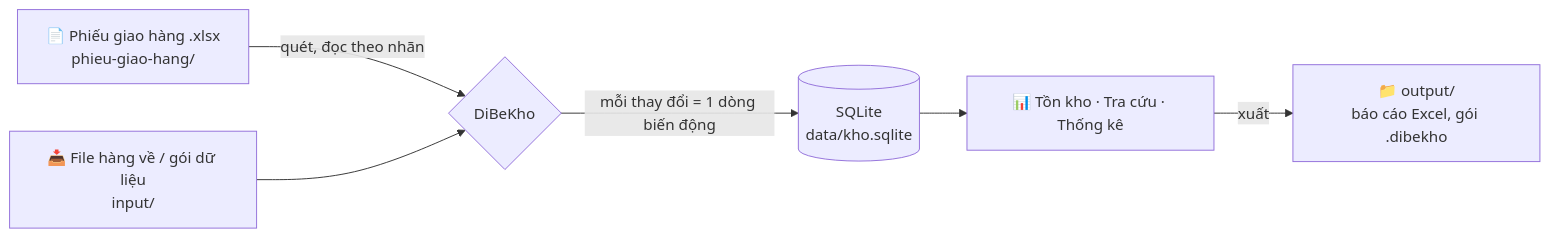
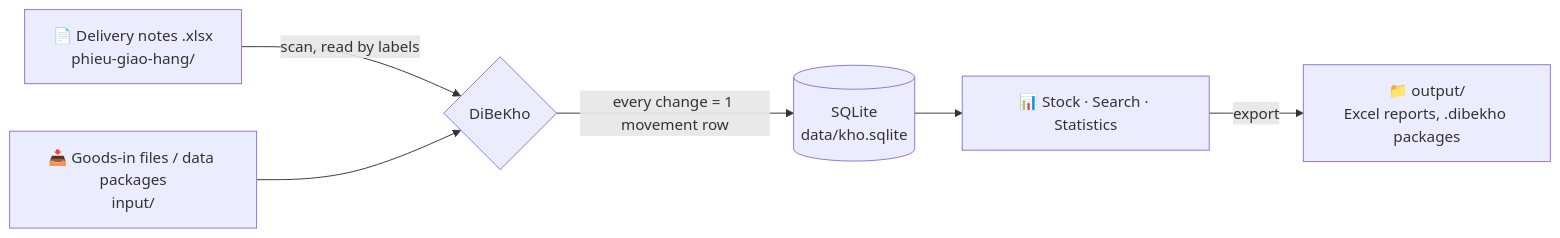
The diagram in README.md (Friendzoner49/DiBeKho), drawn with Mermaid before and after one commit. The commit also changed other lines of this file and 9 other files, not shown here.

````diff
--- a/README.md
+++ b/README.md
@@ -63,8 +66,8 @@
 ```mermaid
 flowchart LR
-    A["📄 Phiếu giao hàng .xlsx<br/>phieu-giao-hang/"] -->|quét, đọc theo nhãn| C{DiBeKho}
-    B["📥 File hàng về / gói dữ liệu<br/>input/"] --> C
-    C -->|mỗi thay đổi = 1 dòng biến động| D[("SQLite<br/>data/kho.sqlite")]
-    D --> E["📊 Tồn kho · Tra cứu · Thống kê"]
-    E -->|xuất| F["📁 output/<br/>báo cáo Excel, gói .dibekho"]
+    A["📄 Delivery notes .xlsx<br/>phieu-giao-hang/"] -->|scan, read by labels| C{DiBeKho}
+    B["📥 Goods-in files / data packages<br/>input/"] --> C
+    C -->|every change = 1 movement row| D[("SQLite<br/>data/kho.sqlite")]
+    D --> E["📊 Stock · Search · Statistics"]
+    E -->|export| F["📁 output/<br/>Excel reports, .dibekho packages"]
 ```
````
